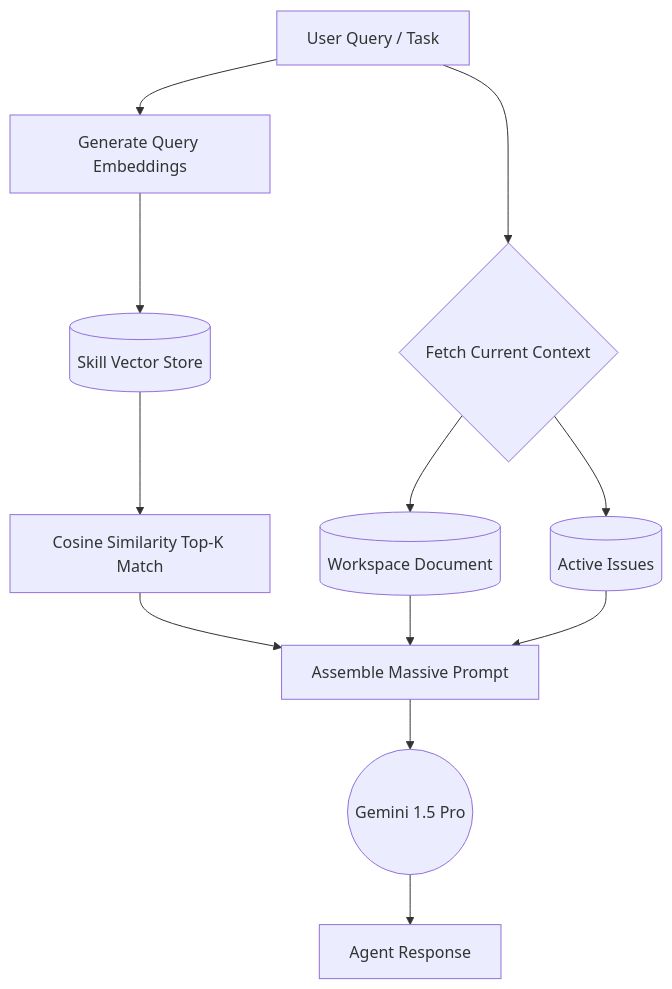
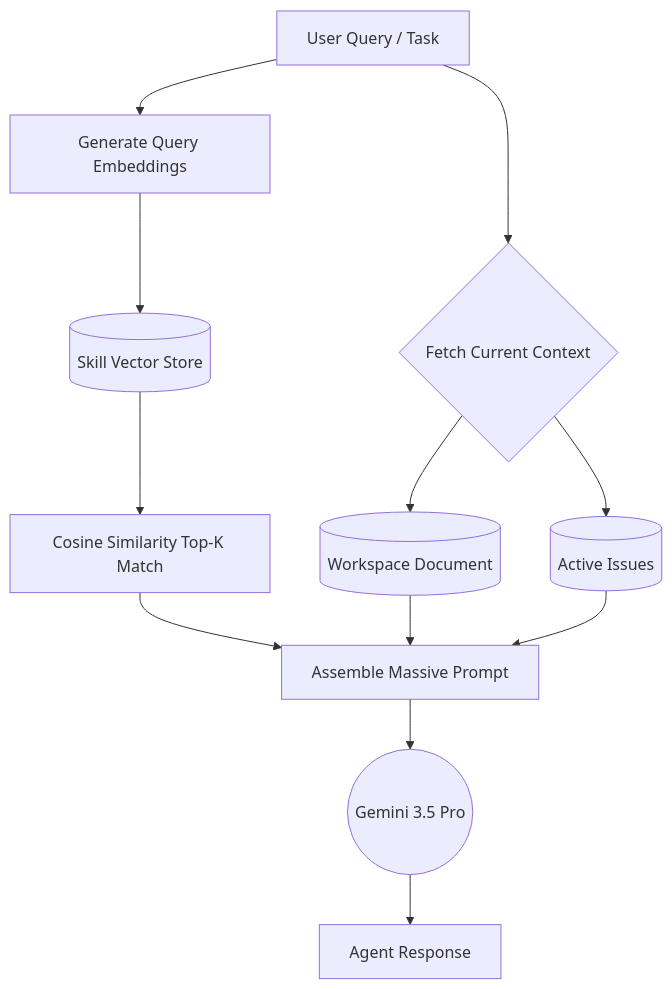
The fourth of 4 diagrams in WHITE_PAPER.md (shengliangsong-ai/vme-workspace), drawn with Mermaid before and after one commit. The commit also changed other lines of this file and 3 other files, not shown here.

````diff
--- a/WHITE_PAPER.md
+++ b/WHITE_PAPER.md
@@ -168,19 +168,19 @@
 ```mermaid
 flowchart TD
     UserQuery[User Query / Task] --> DBFetch{Fetch Current Context}
     
     DBFetch --> Workspaces[(Workspace Document)]
     DBFetch --> Issues[(Active Issues)]
     
     UserQuery --> Embedder[Generate Query Embeddings]
     Embedder --> VectorDB[(Skill Vector Store)]
     
     VectorDB --> TopK[Cosine Similarity Top-K Match]
     
     TopK --> Assemble[Assemble Massive Prompt]
     Workspaces --> Assemble
     Issues --> Assemble
     
-    Assemble --> GeminiModel((Gemini 1.5 Pro))
+    Assemble --> GeminiModel((Gemini 3.5 Pro))
     GeminiModel --> FinalOutput[Agent Response]
 ```
````
